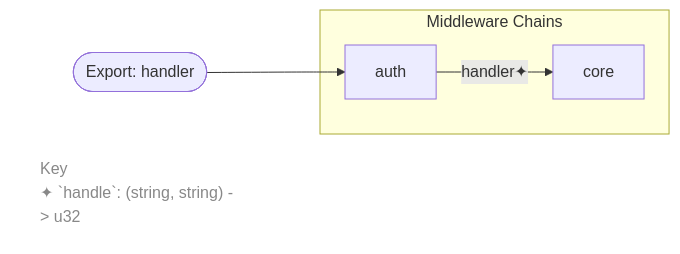
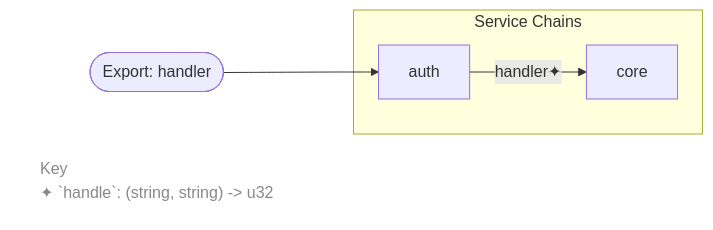
One commit to cosmonic-labs/cviz changed the diagram in demo/out/06-typed-chain-handler-chain.mmd. Above: the diagram before and after it, drawn with Mermaid. The commit also changed 8 other files, not shown here.

Commit message:
fix the way the typing information wraps in the mermaid output

```diff
--- a/demo/out/06-typed-chain-handler-chain.mmd
+++ b/demo/out/06-typed-chain-handler-chain.mmd
@@ -1,11 +1,12 @@
+%%{init: {'flowchart': {'wrappingWidth': 600}}}%%
 graph LR
-    subgraph composition["Middleware Chains"]
+    subgraph composition["Service Chains"]
         auth["auth"]
         core["core"]
     end
 
     export_wasi_http_handler_0_3_0(["Export: handler"]) --> auth
     auth -->|"handler✦"| core
 
     key["Key\n✦ `handle`: (string, string) -> u32"]
     style key fill:none,stroke:none,text-align:left,color:#888
```
